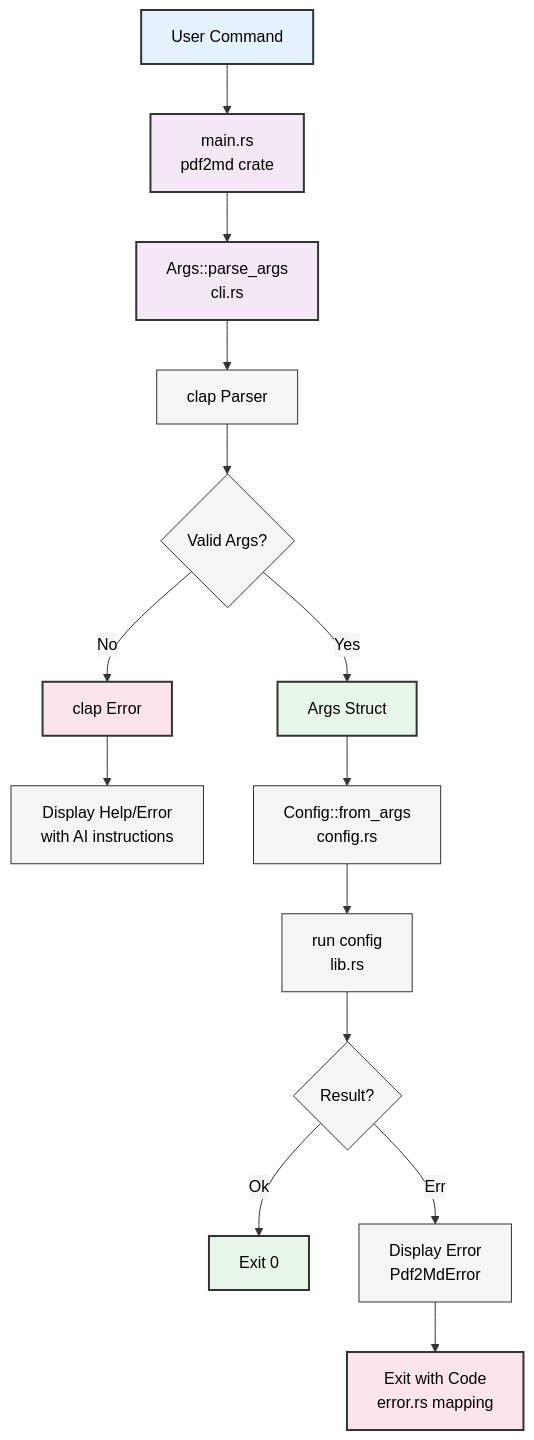
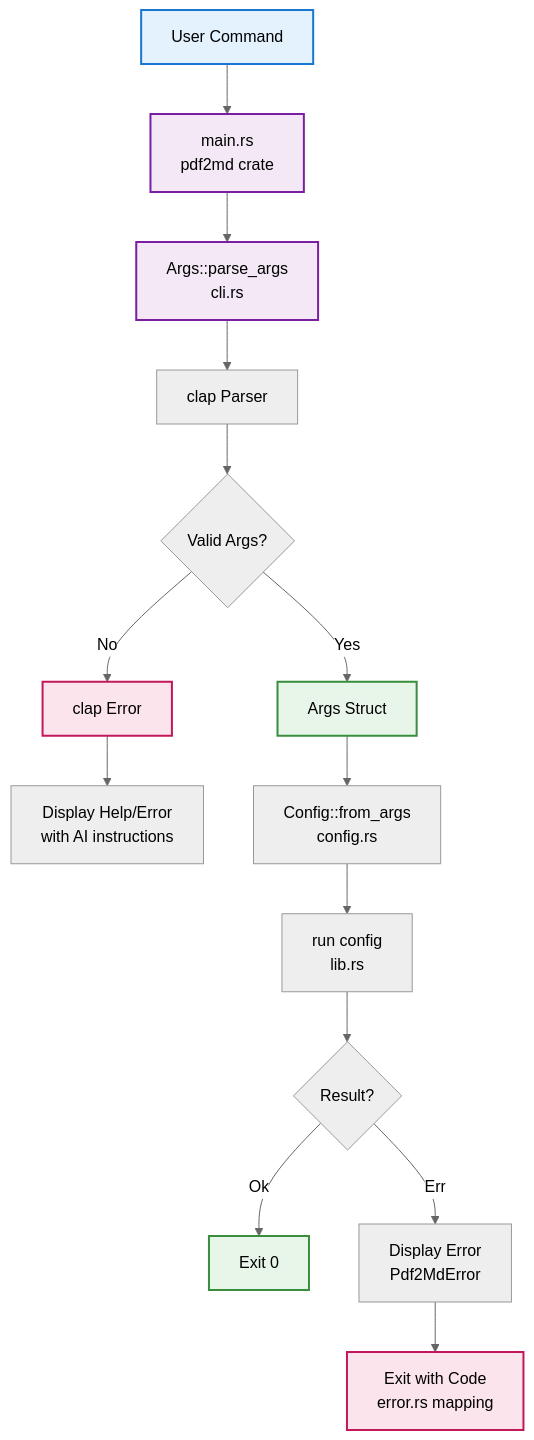
Before and after one commit to softwarewrighter/pdf2md: the first of 2 diagrams in wiki/CLI-Component.md, drawn with Mermaid. The commit also changed 7 other files, not shown here.

First line of the commit message:
fix: update mermaid diagrams for GitHub dark mode compatibility

````diff
--- a/wiki/CLI-Component.md
+++ b/wiki/CLI-Component.md
@@ -25,25 +25,25 @@
 ```mermaid
-%%{init: {'theme':'base', 'themeVariables': {'primaryColor':'#f5f5f5','primaryTextColor':'#000','primaryBorderColor':'#333','lineColor':'#333','secondaryColor':'#f5f5f5','tertiaryColor':'#f5f5f5'}}}%%
+%%{init: {'theme':'neutral'}}%%
 graph TB
     A[User Command] --> B[main.rs<br/>pdf2md crate]
     B --> C[Args::parse_args<br/>cli.rs]
     C --> D[clap Parser]
     D --> E{Valid Args?}
     E -->|Yes| F[Args Struct]
     E -->|No| G[clap Error]
     G --> H[Display Help/Error<br/>with AI instructions]
     F --> I[Config::from_args<br/>config.rs]
     I --> J[run config<br/>lib.rs]
     J --> K{Result?}
     K -->|Ok| L[Exit 0]
     K -->|Err| M[Display Error<br/>Pdf2MdError]
     M --> N[Exit with Code<br/>error.rs mapping]
 
-    style A fill:#e3f2fd,stroke:#333,stroke-width:2px,color:#000
-    style B fill:#f4e8f7,stroke:#333,stroke-width:2px,color:#000
-    style C fill:#f4e8f7,stroke:#333,stroke-width:2px,color:#000
-    style F fill:#e8f5e9,stroke:#333,stroke-width:2px,color:#000
-    style G fill:#fce4ec,stroke:#333,stroke-width:2px,color:#000
-    style L fill:#e8f5e9,stroke:#333,stroke-width:2px,color:#000
-    style N fill:#fce4ec,stroke:#333,stroke-width:2px,color:#000
+    style A fill:#e3f2fd,stroke:#1976d2,stroke-width:2px
+    style B fill:#f4e8f7,stroke:#7b1fa2,stroke-width:2px
+    style C fill:#f4e8f7,stroke:#7b1fa2,stroke-width:2px
+    style F fill:#e8f5e9,stroke:#388e3c,stroke-width:2px
+    style G fill:#fce4ec,stroke:#c2185b,stroke-width:2px
+    style L fill:#e8f5e9,stroke:#388e3c,stroke-width:2px
+    style N fill:#fce4ec,stroke:#c2185b,stroke-width:2px
 ```
````
